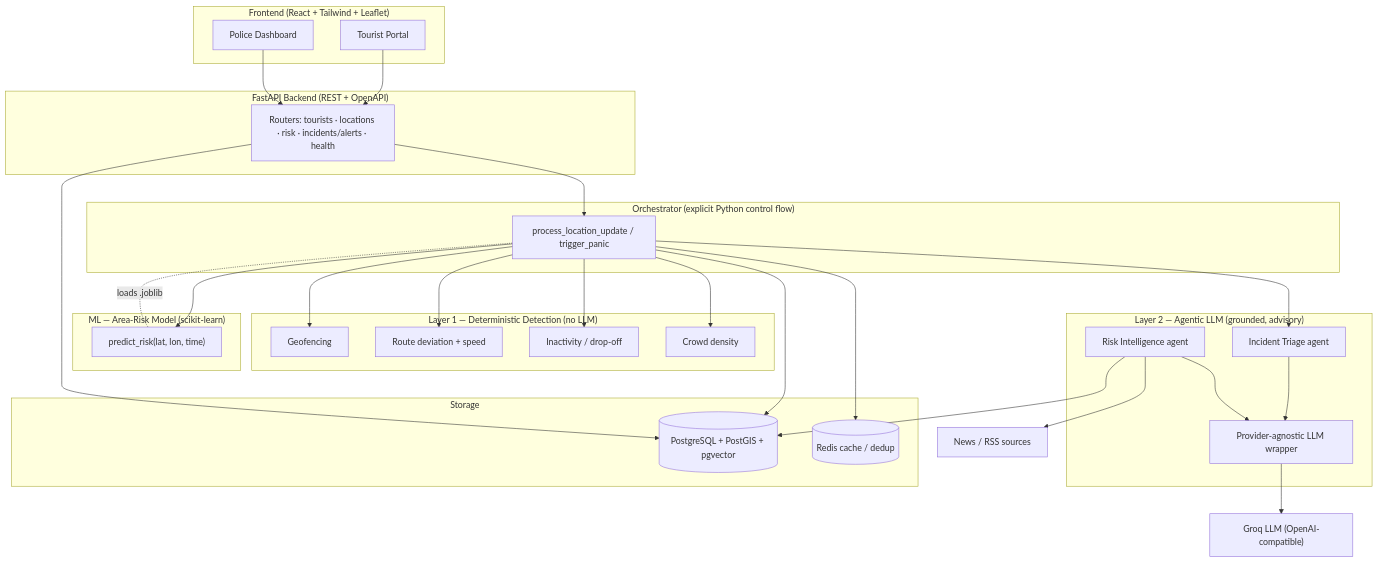
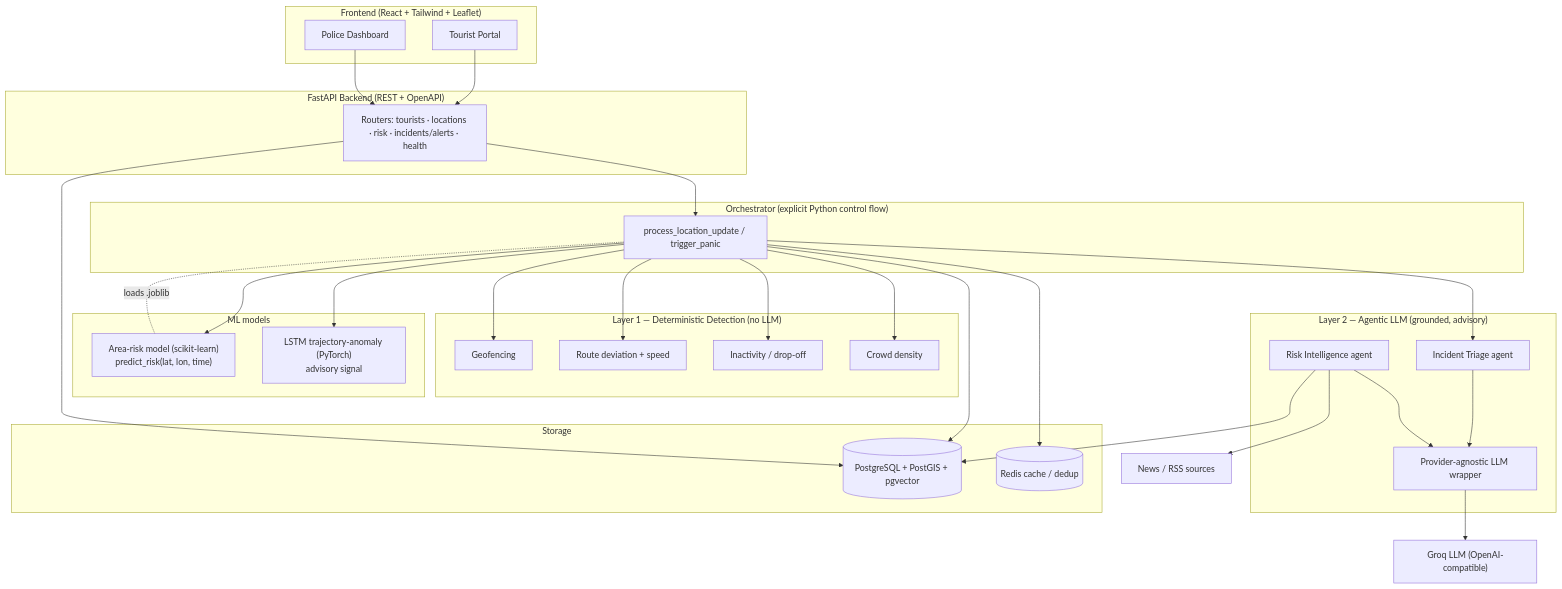
One commit to gurkirat309/Ai-tourist-safety changed the first of 4 diagrams in DOCUMENTATION.md. Above: the diagram before and after it, drawn with Mermaid. The commit also changed other lines of this file and 1 other file, not shown here.

````diff
--- a/DOCUMENTATION.md
+++ b/DOCUMENTATION.md
@@ -116,56 +116,58 @@
 ```mermaid
 flowchart TB
   subgraph CLIENTS["Frontend (React + Tailwind + Leaflet)"]
     TP["Tourist Portal"]
     PD["Police Dashboard"]
   end
 
   subgraph API["FastAPI Backend (REST + OpenAPI)"]
     ROUTERS["Routers: tourists · locations · risk · incidents/alerts · health"]
   end
 
   subgraph ORCH["Orchestrator (explicit Python control flow)"]
     CTRL["process_location_update / trigger_panic"]
   end
 
   subgraph FAST["Layer 1 — Deterministic Detection (no LLM)"]
     GEO["Geofencing"]
     DEV["Route deviation + speed"]
     INA["Inactivity / drop-off"]
     CRW["Crowd density"]
   end
 
-  subgraph MLB["ML — Area-Risk Model (scikit-learn)"]
-    RM["predict_risk(lat, lon, time)"]
+  subgraph MLB["ML models"]
+    RM["Area-risk model (scikit-learn)<br/>predict_risk(lat, lon, time)"]
+    LSTM["LSTM trajectory-anomaly (PyTorch)<br/>advisory signal"]
   end
 
   subgraph AGENTS["Layer 2 — Agentic LLM (grounded, advisory)"]
     RI["Risk Intelligence agent"]
     TRI["Incident Triage agent"]
     LLMW["Provider-agnostic LLM wrapper"]
   end
 
   subgraph STORE["Storage"]
     PG[("PostgreSQL + PostGIS + pgvector")]
     RD[("Redis cache / dedup")]
   end
 
   EXT["News / RSS sources"]
   GROQ["Groq LLM (OpenAI-compatible)"]
 
   TP --> ROUTERS
   PD --> ROUTERS
   ROUTERS --> CTRL
   CTRL --> GEO & DEV & INA & CRW
   CTRL --> RM
+  CTRL --> LSTM
   CTRL --> TRI
   TRI --> LLMW
   RI --> LLMW
   LLMW --> GROQ
   RI --> EXT
   RI --> PG
   CTRL --> PG
   ROUTERS --> PG
   CTRL --> RD
   RM -. "loads .joblib" .- CTRL
 ```
````
